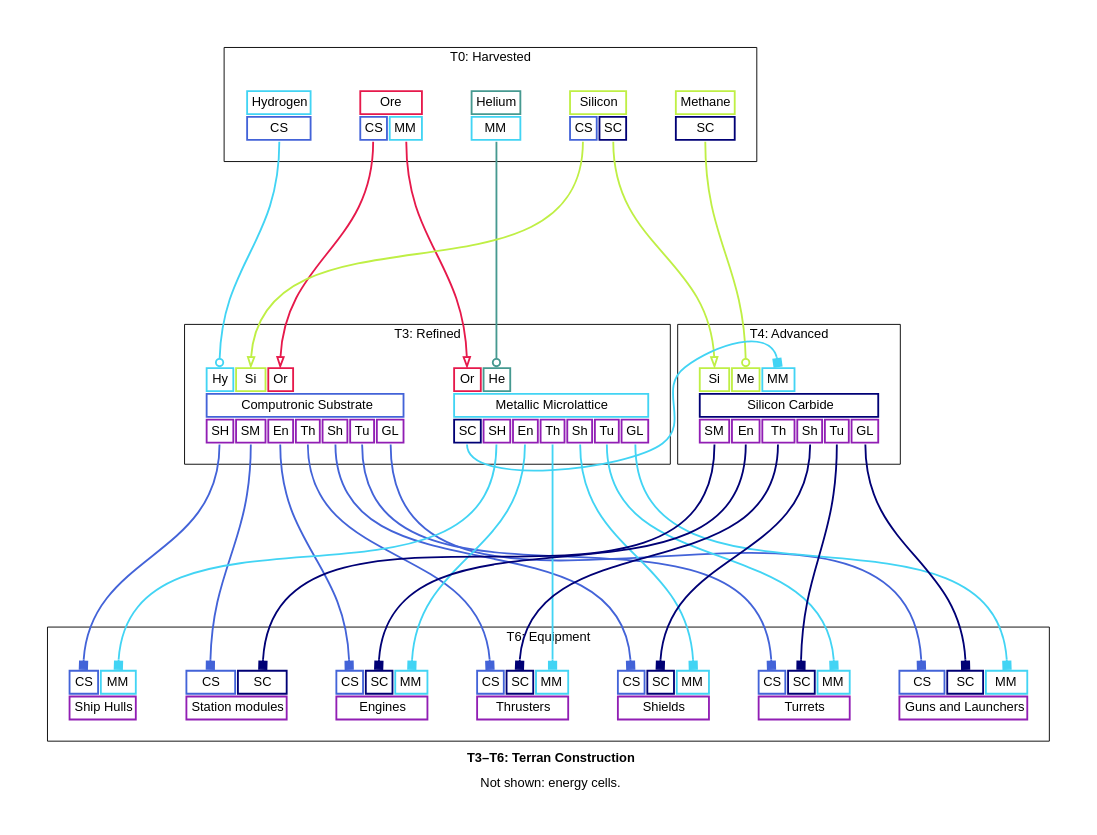
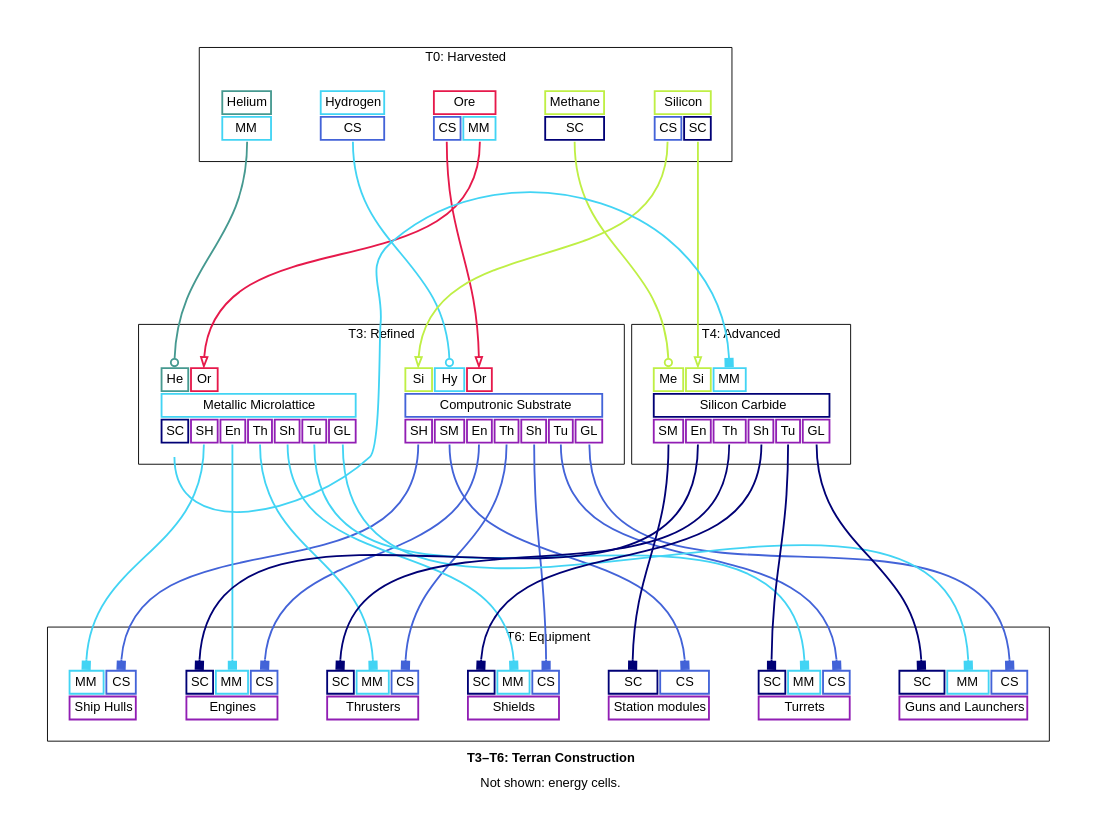
One commit to borntyping/x4-diagrams changed the diagram in docs/t3_t6_terran_construction_graph_simplified.dot. Above: the diagram before and after it, drawn with Graphviz. The commit also changed other lines of this file and 46 other files, not shown here.

```diff
--- a/docs/t3_t6_terran_construction_graph_simplified.dot
+++ b/docs/t3_t6_terran_construction_graph_simplified.dot
@@ -83,9 +83,9 @@
   
     <tr>
       
+        <td align="text" bgcolor="white" color="#bfef45" port="silicon">Si</td>
+      
         <td align="text" bgcolor="white" color="#42d4f4" port="hydrogen">Hy</td>
-      
-        <td align="text" bgcolor="white" color="#bfef45" port="silicon">Si</td>
       
         <td align="text" bgcolor="white" color="#e6194B" port="ore">Or</td>
       
@@ -118,9 +118,9 @@
   
     <tr>
       
+        <td align="text" bgcolor="white" color="#469990" port="helium">He</td>
+      
         <td align="text" bgcolor="white" color="#e6194B" port="ore">Or</td>
-      
-        <td align="text" bgcolor="white" color="#469990" port="helium">He</td>
       
     </tr>
   
@@ -154,9 +154,9 @@
   
     <tr>
       
+        <td align="text" bgcolor="white" color="#bfef45" port="methane">Me</td>
+      
         <td align="text" bgcolor="white" color="#bfef45" port="silicon">Si</td>
-      
-        <td align="text" bgcolor="white" color="#bfef45" port="methane">Me</td>
       
         <td align="text" bgcolor="white" color="#42d4f4" port="metallic_microlattice">MM</td>
       
@@ -190,9 +190,9 @@
   
     <tr>
       
+        <td align="text" bgcolor="white" color="#42d4f4" port="metallic_microlattice">MM</td>
+      
         <td align="text" bgcolor="white" color="#4363d8" port="computronic_substrate">CS</td>
-      
-        <td align="text" bgcolor="white" color="#42d4f4" port="metallic_microlattice">MM</td>
       
     </tr>
   
@@ -205,9 +205,9 @@
   
     <tr>
       
+        <td align="text" bgcolor="white" color="#000075" port="silicon_carbide">SC</td>
+      
         <td align="text" bgcolor="white" color="#4363d8" port="computronic_substrate">CS</td>
-      
-        <td align="text" bgcolor="white" color="#000075" port="silicon_carbide">SC</td>
       
     </tr>
   
@@ -220,11 +220,11 @@
   
     <tr>
       
-        <td align="text" bgcolor="white" color="#4363d8" port="computronic_substrate">CS</td>
-      
         <td align="text" bgcolor="white" color="#000075" port="silicon_carbide">SC</td>
       
         <td align="text" bgcolor="white" color="#42d4f4" port="metallic_microlattice">MM</td>
+      
+        <td align="text" bgcolor="white" color="#4363d8" port="computronic_substrate">CS</td>
       
     </tr>
   
@@ -237,11 +237,11 @@
   
     <tr>
       
-        <td align="text" bgcolor="white" color="#4363d8" port="computronic_substrate">CS</td>
-      
         <td align="text" bgcolor="white" color="#000075" port="silicon_carbide">SC</td>
       
         <td align="text" bgcolor="white" color="#42d4f4" port="metallic_microlattice">MM</td>
+      
+        <td align="text" bgcolor="white" color="#4363d8" port="computronic_substrate">CS</td>
       
     </tr>
   
@@ -254,11 +254,11 @@
   
     <tr>
       
-        <td align="text" bgcolor="white" color="#4363d8" port="computronic_substrate">CS</td>
-      
         <td align="text" bgcolor="white" color="#000075" port="silicon_carbide">SC</td>
       
         <td align="text" bgcolor="white" color="#42d4f4" port="metallic_microlattice">MM</td>
+      
+        <td align="text" bgcolor="white" color="#4363d8" port="computronic_substrate">CS</td>
       
     </tr>
   
@@ -271,11 +271,11 @@
   
     <tr>
       
-        <td align="text" bgcolor="white" color="#4363d8" port="computronic_substrate">CS</td>
-      
         <td align="text" bgcolor="white" color="#000075" port="silicon_carbide">SC</td>
       
         <td align="text" bgcolor="white" color="#42d4f4" port="metallic_microlattice">MM</td>
+      
+        <td align="text" bgcolor="white" color="#4363d8" port="computronic_substrate">CS</td>
       
     </tr>
   
@@ -288,11 +288,11 @@
   
     <tr>
       
-        <td align="text" bgcolor="white" color="#4363d8" port="computronic_substrate">CS</td>
-      
         <td align="text" bgcolor="white" color="#000075" port="silicon_carbide">SC</td>
       
         <td align="text" bgcolor="white" color="#42d4f4" port="metallic_microlattice">MM</td>
+      
+        <td align="text" bgcolor="white" color="#4363d8" port="computronic_substrate">CS</td>
       
     </tr>
   
```
